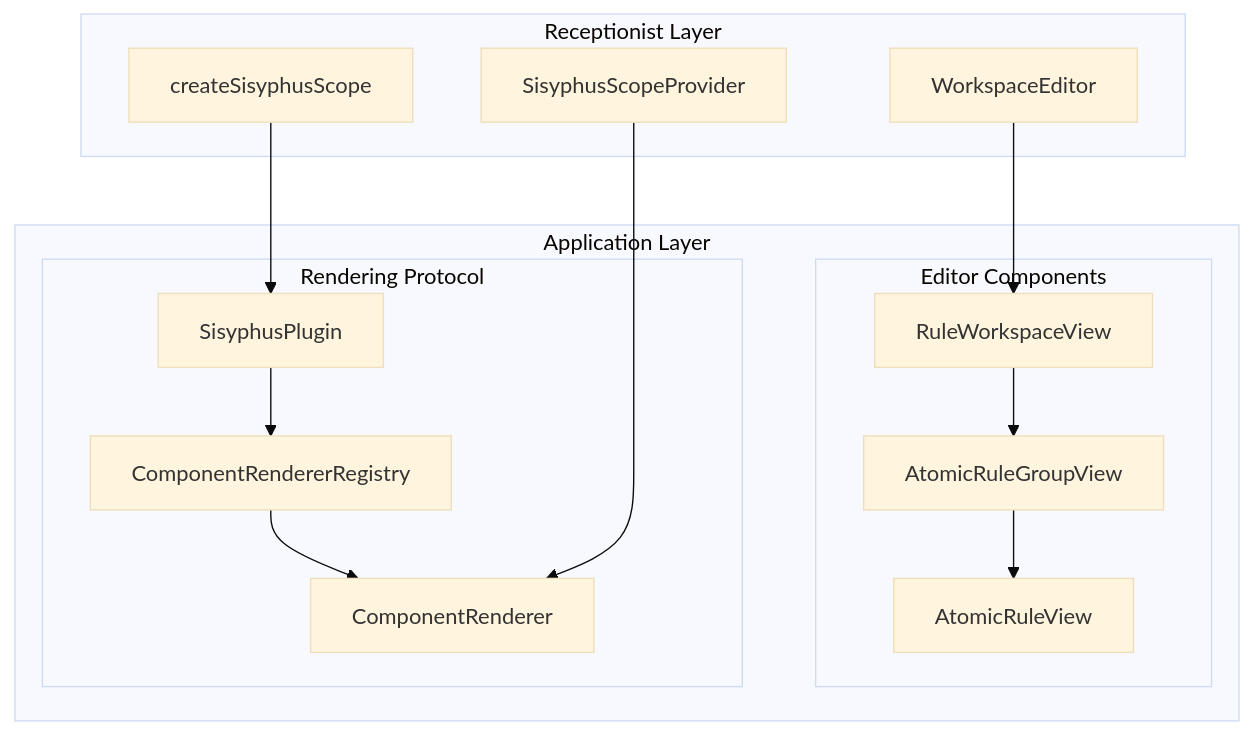
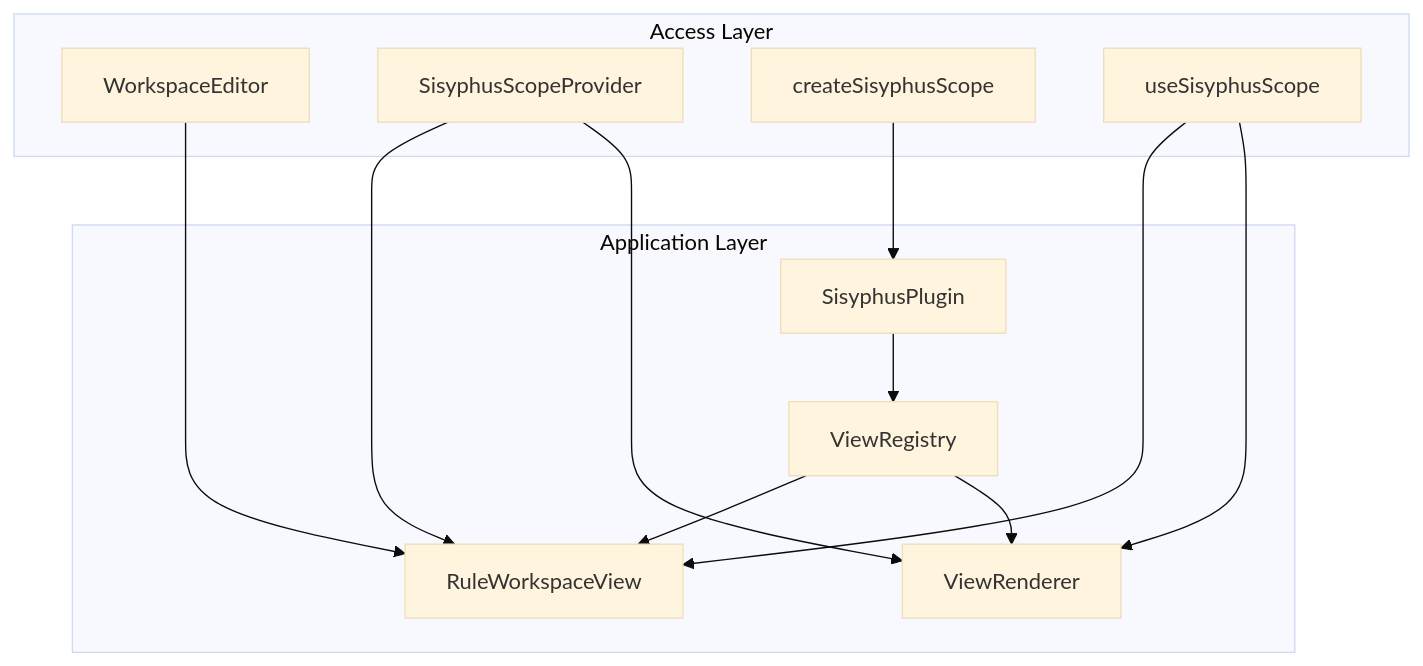
One commit to huang-xiao-jian/themis changed the diagram in specs/react/spec.md. Above: the diagram before and after it, drawn with Mermaid (base theme). The commit also changed other lines of this file, not shown here.

````diff
--- a/specs/react/spec.md
+++ b/specs/react/spec.md
@@ -57,31 +58,26 @@
 ```mermaid
 graph TB
-  subgraph AccessLayer[Receptionist Layer]
+  subgraph AccessLayer[Access Layer]
     WorkspaceEditor
     SisyphusScopeProvider
     createSisyphusScope
+    useSisyphusScope
   end
 
   subgraph ApplicationLayer[Application Layer]
-    subgraph EditorComponents[Editor Components]
-      AtomicRuleView
-      AtomicRuleGroupView
-      RuleWorkspaceView
-    end
-
-    subgraph RenderingProtocol[Rendering Protocol]
-      ComponentRenderer
-      ComponentRendererRegistry
-      SisyphusPlugin
-    end
+    RuleWorkspaceView
+    ViewRegistry
+    ViewRenderer
+    SisyphusPlugin
   end
 
   WorkspaceEditor --> RuleWorkspaceView
-  RuleWorkspaceView --> AtomicRuleGroupView
-  AtomicRuleGroupView --> AtomicRuleView
-
   createSisyphusScope --> SisyphusPlugin
-  SisyphusPlugin --> ComponentRendererRegistry
-  ComponentRendererRegistry --> ComponentRenderer
-  SisyphusScopeProvider --> ComponentRenderer
+  SisyphusPlugin --> ViewRegistry
+  ViewRegistry --> RuleWorkspaceView
+  ViewRegistry --> ViewRenderer
+  SisyphusScopeProvider --> RuleWorkspaceView
+  SisyphusScopeProvider --> ViewRenderer
+  useSisyphusScope --> RuleWorkspaceView
+  useSisyphusScope --> ViewRenderer
 ```
````
